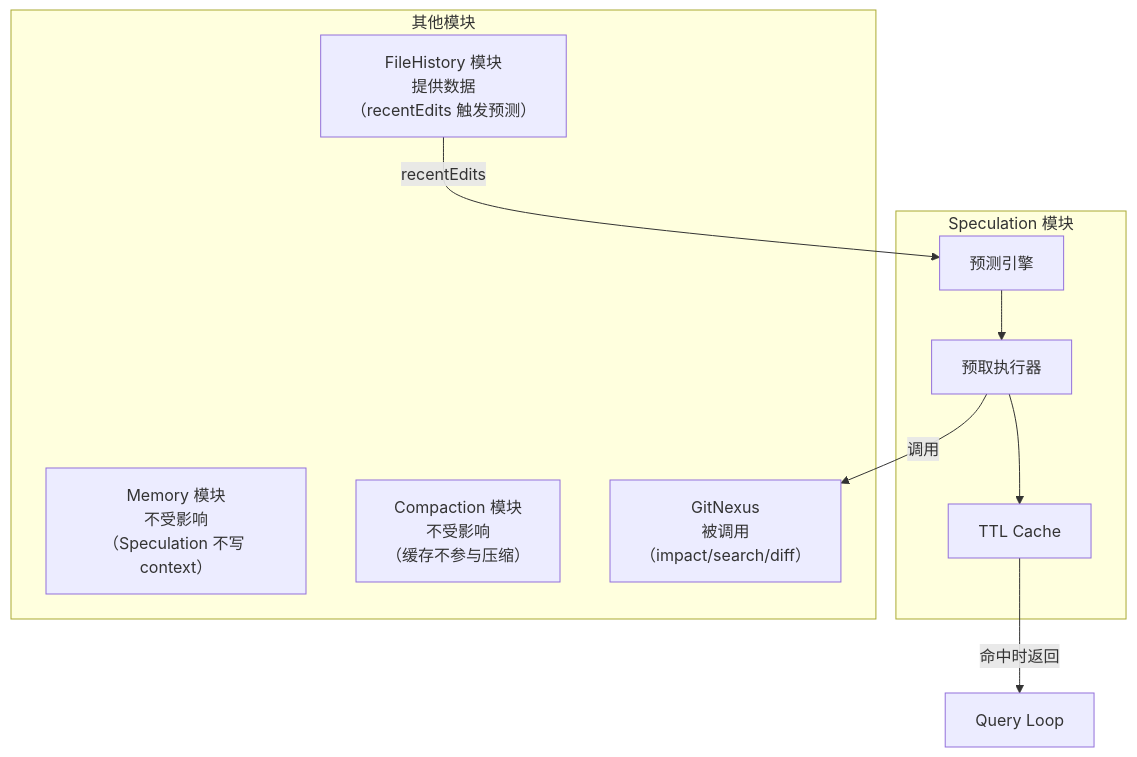
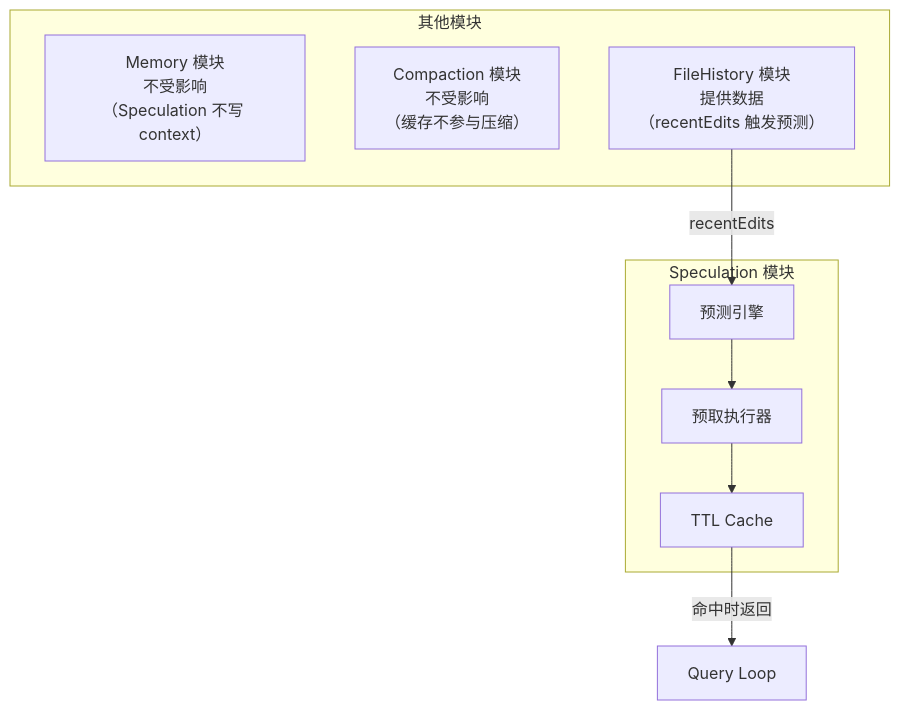
The seventh of 7 diagrams in docs/15-speculation-prefetch-design.md (AICCer1/claude-code-build-architecture-analysis), drawn with Mermaid before and after one commit. The commit also changed other lines of this file, not shown here.

Commit message:
Remove GitNexus reference from Speculation module (not yet integrated)

````diff
--- a/docs/15-speculation-prefetch-design.md
+++ b/docs/15-speculation-prefetch-design.md
@@ -350,21 +350,19 @@
 ```mermaid
 flowchart TB
     subgraph Speculation["Speculation 模块"]
         Pred["预测引擎"]
         Exec["预取执行器"]
         Cache["TTL Cache"]
     end
 
     subgraph Others["其他模块"]
         M["Memory 模块\n不受影响\n（Speculation 不写 context）"]
         C["Compaction 模块\n不受影响\n（缓存不参与压缩）"]
         F["FileHistory 模块\n提供数据\n（recentEdits 触发预测）"]
-        G["GitNexus\n被调用\n（impact/search/diff）"]
     end
 
     F -->|"recentEdits"| Pred
     Pred --> Exec
     Exec --> Cache
-    Exec -->|"调用"| G
     Cache -->|"命中时返回"| QueryLoop["Query Loop"]
 ```
````
